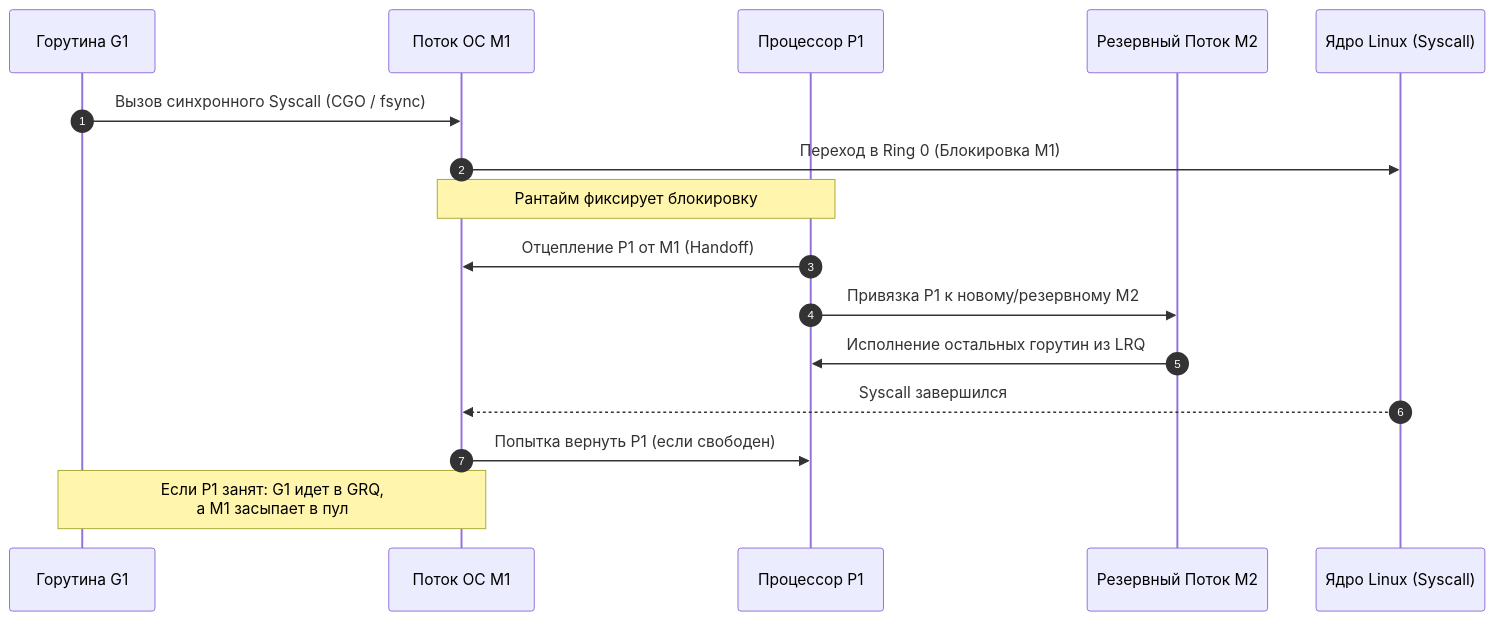
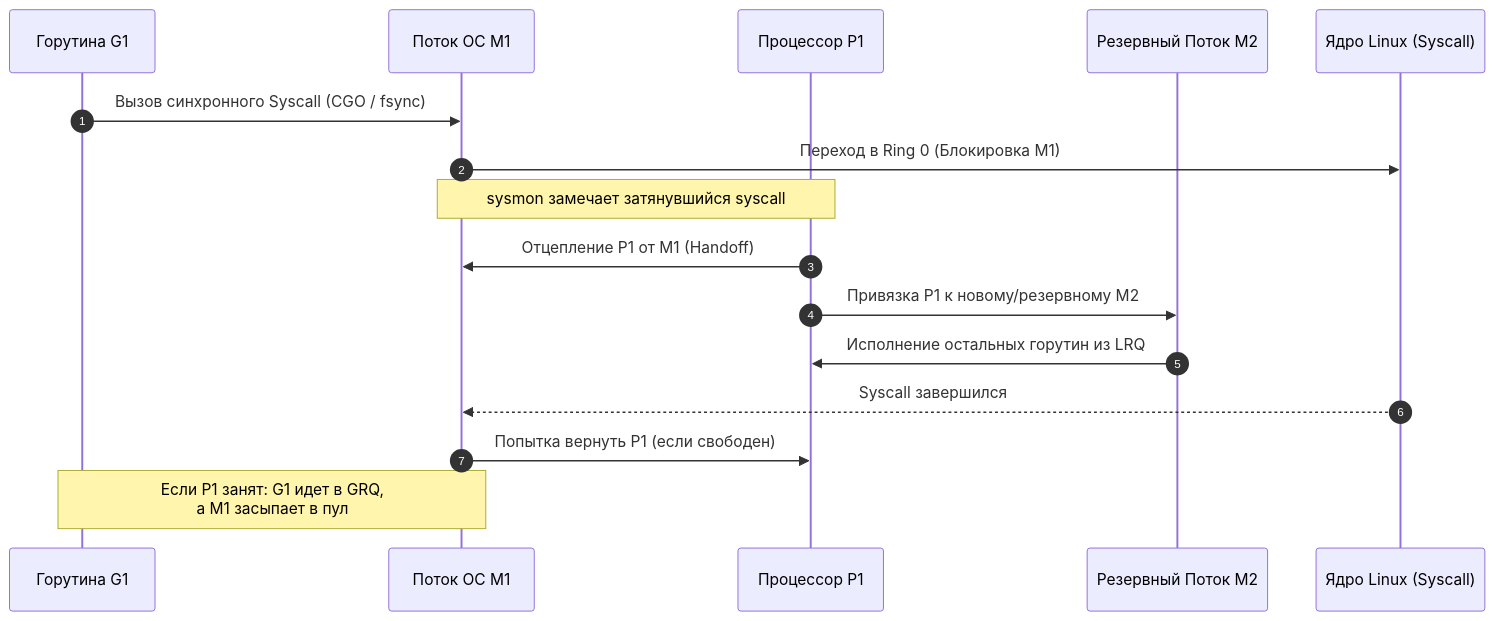
One commit to UnrealTemplier/go-textbook-ru changed the fourth of 4 diagrams in sources/5. Учебник по Go (Основы и синтаксис)/35. Scheduler Go. G, M, P и work stealing.md. Above: the diagram before and after it, drawn with Mermaid. The commit also changed other lines of this file and 43 other files, not shown here.

````diff
--- a/sources/5. Учебник по Go (Основы и синтаксис)/35. Scheduler Go. G, M, P и work stealing.md
+++ b/sources/5. Учебник по Go (Основы и синтаксис)/35. Scheduler Go. G, M, P и work stealing.md
@@ -151,19 +151,19 @@
 ```mermaid
 sequenceDiagram
     autonumber
     participant G1 as Горутина G1
     participant M1 as Поток ОС M1
     participant P1 as Процессор P1
     participant M2 as Резервный Поток M2
     participant OS as Ядро Linux (Syscall)
 
     G1->>M1: Вызов синхронного Syscall (CGO / fsync)
     M1->>OS: Переход в Ring 0 (Блокировка M1)
-    Note over M1,P1: Рантайм фиксирует блокировку
+    Note over M1,P1: sysmon замечает затянувшийся syscall
     P1->>M1: Отцепление P1 от M1 (Handoff)
     P1->>M2: Привязка P1 к новому/резервному M2
     M2->>P1: Исполнение остальных горутин из LRQ
     OS-->>M1: Syscall завершился
     M1->>P1: Попытка вернуть P1 (если свободен)
     Note over M1,G1: Если P1 занят: G1 идет в GRQ,<br/>а M1 засыпает в пул
 ```
````
